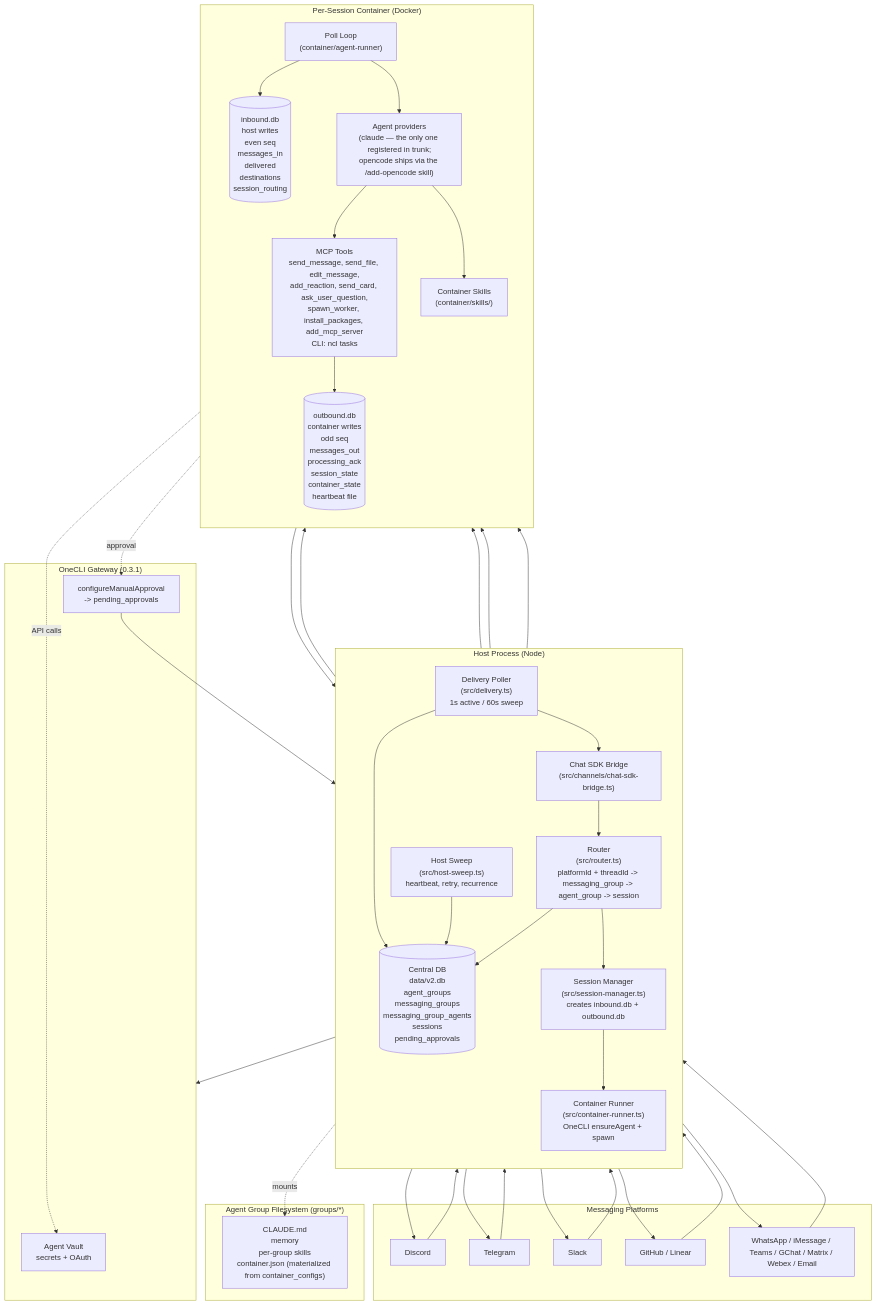
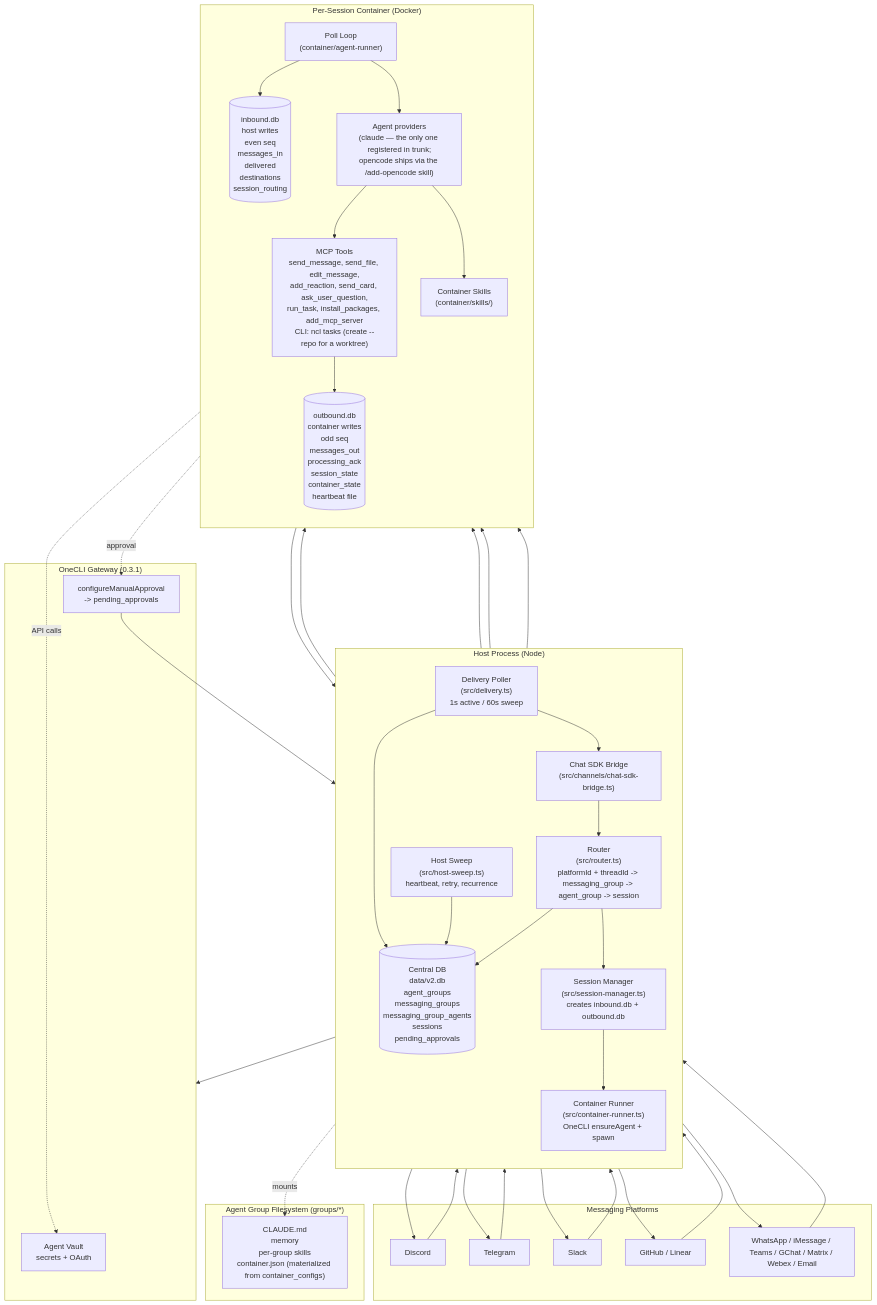
The first of 5 diagrams in docs/architecture-diagram.md (kiendev98/nanoclaw), drawn with Mermaid before and after one commit. The commit also changed 44 other files, not shown here.

First line of the commit message:
refactor: delete the repo-worker concept

````diff
--- a/docs/architecture-diagram.md
+++ b/docs/architecture-diagram.md
@@ -5,65 +5,65 @@
 ```mermaid
 flowchart TB
   subgraph Platforms["Messaging Platforms"]
     P1[Discord]
     P2[Telegram]
     P3[Slack]
     P4[GitHub / Linear]
     P5[WhatsApp / iMessage / Teams / GChat / Matrix / Webex / Email]
   end
 
   subgraph Host["Host Process (Node)"]
     direction TB
     Bridge["Chat SDK Bridge<br/>(src/channels/chat-sdk-bridge.ts)"]
     Router["Router<br/>(src/router.ts)<br/>platformId + threadId -> messaging_group -> agent_group -> session"]
     SessMgr["Session Manager<br/>(src/session-manager.ts)<br/>creates inbound.db + outbound.db"]
     Runner["Container Runner<br/>(src/container-runner.ts)<br/>OneCLI ensureAgent + spawn"]
     Delivery["Delivery Poller<br/>(src/delivery.ts)<br/>1s active / 60s sweep"]
     Sweep["Host Sweep<br/>(src/host-sweep.ts)<br/>heartbeat, retry, recurrence"]
     Central[("Central DB<br/>data/v2.db<br/>agent_groups<br/>messaging_groups<br/>messaging_group_agents<br/>sessions<br/>pending_approvals")]
   end
 
   subgraph OneCLI["OneCLI Gateway (0.3.1)"]
     Vault["Agent Vault<br/>secrets + OAuth"]
     Approvals["configureManualApproval<br/>-> pending_approvals"]
   end
 
   subgraph Session["Per-Session Container (Docker)"]
     direction TB
     PollLoop["Poll Loop<br/>(container/agent-runner)"]
     Provider["Agent providers<br/>(claude — the only one registered in trunk;<br/>opencode ships via the /add-opencode skill)"]
-    MCP["MCP Tools<br/>send_message, send_file, edit_message,<br/>add_reaction, send_card, ask_user_question,<br/>spawn_worker, install_packages, add_mcp_server<br/>CLI: ncl tasks"]
+    MCP["MCP Tools<br/>send_message, send_file, edit_message,<br/>add_reaction, send_card, ask_user_question,<br/>run_task, install_packages, add_mcp_server<br/>CLI: ncl tasks (create --repo for a worktree)"]
     Skills["Container Skills<br/>(container/skills/)"]
     InDB[("inbound.db<br/>host writes<br/>even seq<br/>messages_in<br/>delivered<br/>destinations<br/>session_routing")]
     OutDB[("outbound.db<br/>container writes<br/>odd seq<br/>messages_out<br/>processing_ack<br/>session_state<br/>container_state<br/>heartbeat file")]
   end
 
   subgraph Groups["Agent Group Filesystem (groups/*)"]
     Folder["CLAUDE.md<br/>memory<br/>per-group skills<br/>container.json (materialized from container_configs)"]
   end
 
   P1 & P2 & P3 & P4 & P5 --> Bridge
   Bridge --> Router
   Router --> Central
   Router --> SessMgr
   SessMgr --> InDB
   SessMgr --> Runner
   Runner --> OneCLI
   Runner --> PollLoop
   PollLoop --> InDB
   PollLoop --> Provider
   Provider --> MCP
   Provider --> Skills
   MCP --> OutDB
   OutDB --> Delivery
   Delivery --> Central
   Delivery --> Bridge
   Bridge --> P1 & P2 & P3 & P4 & P5
   Sweep --> InDB
   Sweep --> OutDB
   Sweep --> Central
   Runner -.mounts.-> Folder
   MCP -.approval.-> Approvals
   Approvals --> Central
   Provider -.API calls.-> Vault
 ```
````
